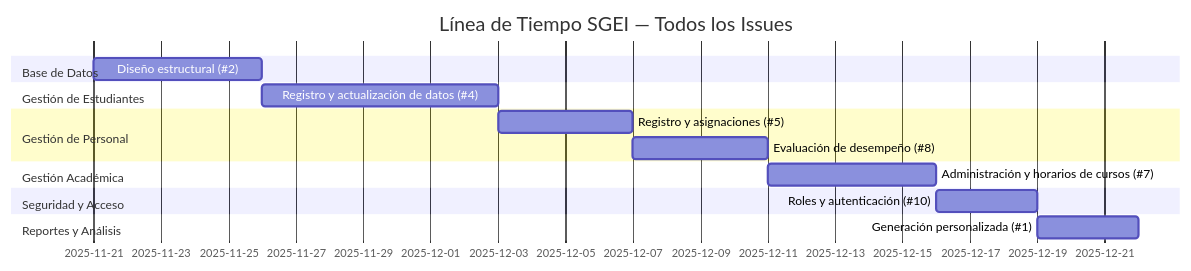
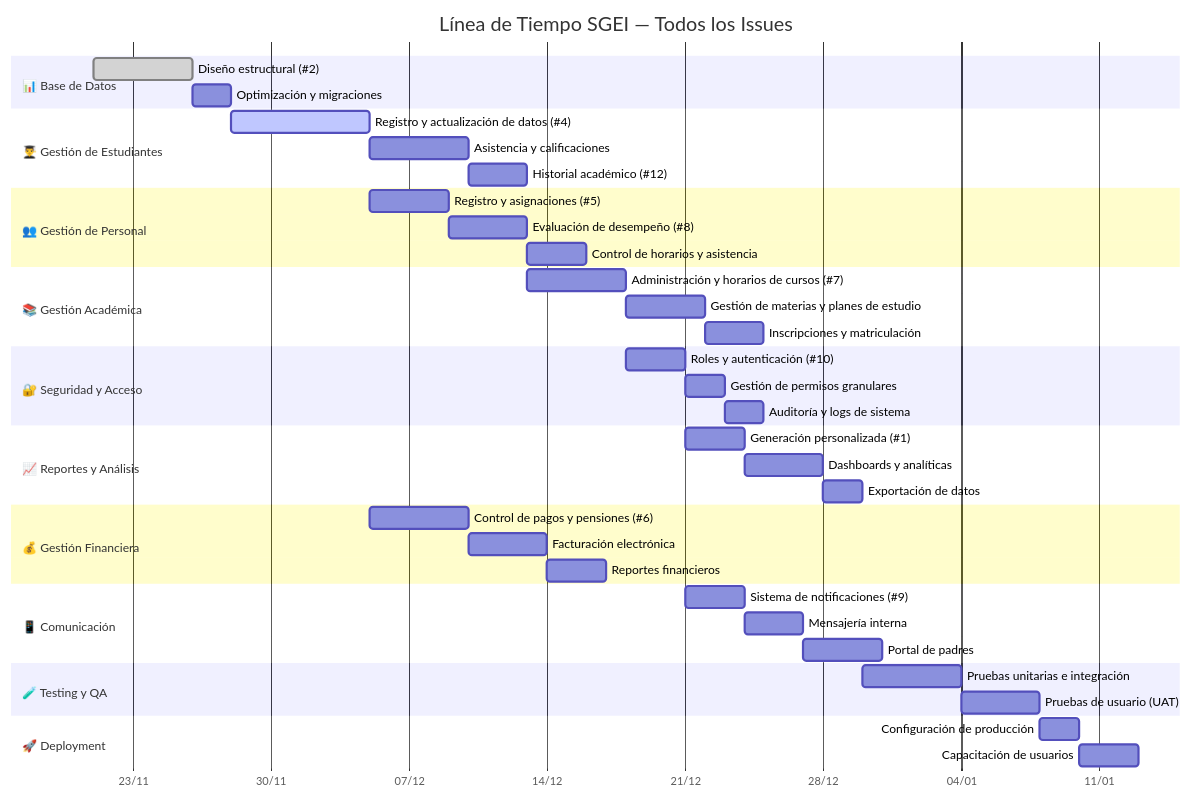
Before and after one commit to CEPE1724/my-app: the diagram in timeline.md, drawn with Mermaid. The commit also changed other lines of this file, not shown here.

Commit message:
Update timeline format and section titles

````diff
--- a/timeline.md
+++ b/timeline.md
@@ -3,24 +7,53 @@
 ```mermaid
 gantt
     title Línea de Tiempo SGEI — Todos los Issues
     dateFormat  YYYY-MM-DD
+    axisFormat  %d/%m
 
-    section Base de Datos
-    Diseño estructural (#2)                :a1, 2025-11-21, 5d
+    section 📊 Base de Datos
+    Diseño estructural (#2)                :done, a1, 2025-11-21, 5d
+    Optimización y migraciones             :a1b, after a1, 2d
 
-    section Gestión de Estudiantes
-    Registro y actualización de datos (#4)  :a2, after a1, 7d
+    section 👨‍🎓 Gestión de Estudiantes
+    Registro y actualización de datos (#4)  :active, a2, after a1b, 7d
+    Asistencia y calificaciones             :a2b, after a2, 5d
+    Historial académico (#12)               :a2c, after a2b, 3d
 
-    section Gestión de Personal
+    section 👥 Gestión de Personal
     Registro y asignaciones (#5)            :a3, after a2, 4d
     Evaluación de desempeño (#8)            :a4, after a3, 4d
+    Control de horarios y asistencia        :a4b, after a4, 3d
 
-    section Gestión Académica
+    section 📚 Gestión Académica
     Administración y horarios de cursos (#7)  :b1, after a4, 5d
+    Gestión de materias y planes de estudio   :b1b, after b1, 4d
+    Inscripciones y matriculación             :b1c, after b1b, 3d
 
-    section Seguridad y Acceso
+    section 🔐 Seguridad y Acceso
     Roles y autenticación (#10)             :c1, after b1, 3d
+    Gestión de permisos granulares          :c1b, after c1, 2d
+    Auditoría y logs de sistema             :c1c, after c1b, 2d
 
-    section Reportes y Análisis
+    section 📈 Reportes y Análisis
     Generación personalizada (#1)           :d1, after c1, 3d
+    Dashboards y analíticas                 :d1b, after d1, 4d
+    Exportación de datos                    :d1c, after d1b, 2d
+
+    section 💰 Gestión Financiera
+    Control de pagos y pensiones (#6)       :e1, after a2, 5d
+    Facturación electrónica                 :e1b, after e1, 4d
+    Reportes financieros                    :e1c, after e1b, 3d
+
+    section 📱 Comunicación
+    Sistema de notificaciones (#9)          :f1, after c1, 3d
+    Mensajería interna                      :f1b, after f1, 3d
+    Portal de padres                        :f1c, after f1b, 4d
+
+    section 🧪 Testing y QA
+    Pruebas unitarias e integración         :g1, after d1c, 5d
+    Pruebas de usuario (UAT)                :g1b, after g1, 4d
+
+    section 🚀 Deployment
+    Configuración de producción             :h1, after g1b, 2d
+    Capacitación de usuarios                :h1b, after h1, 3d
 ```
````
